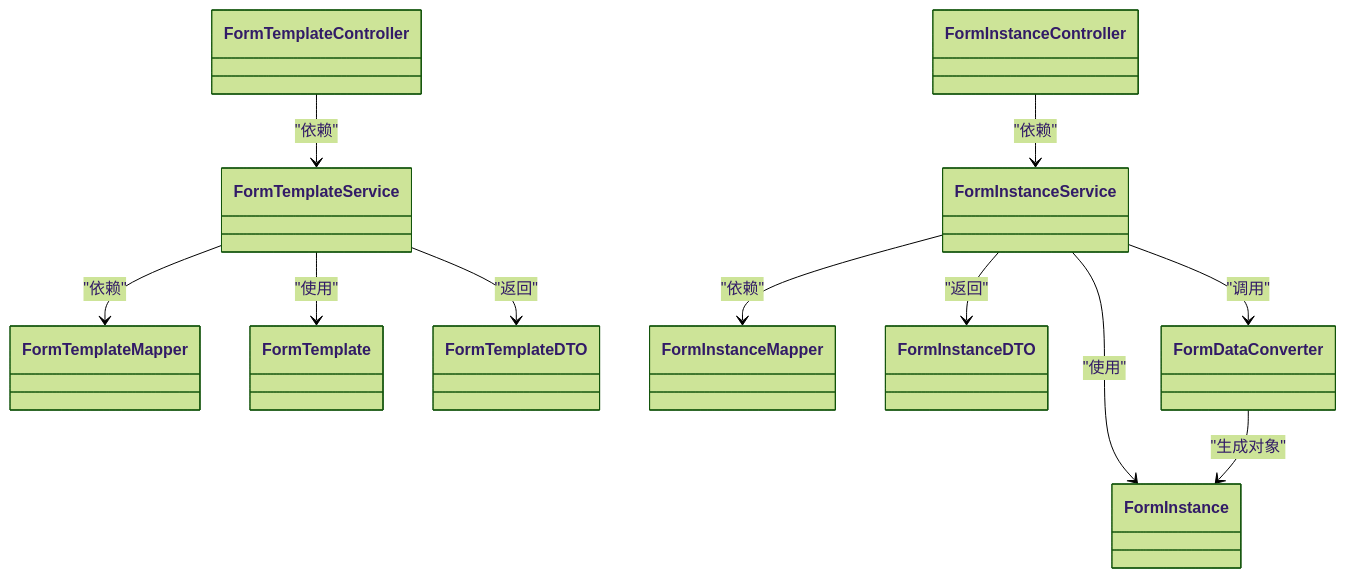
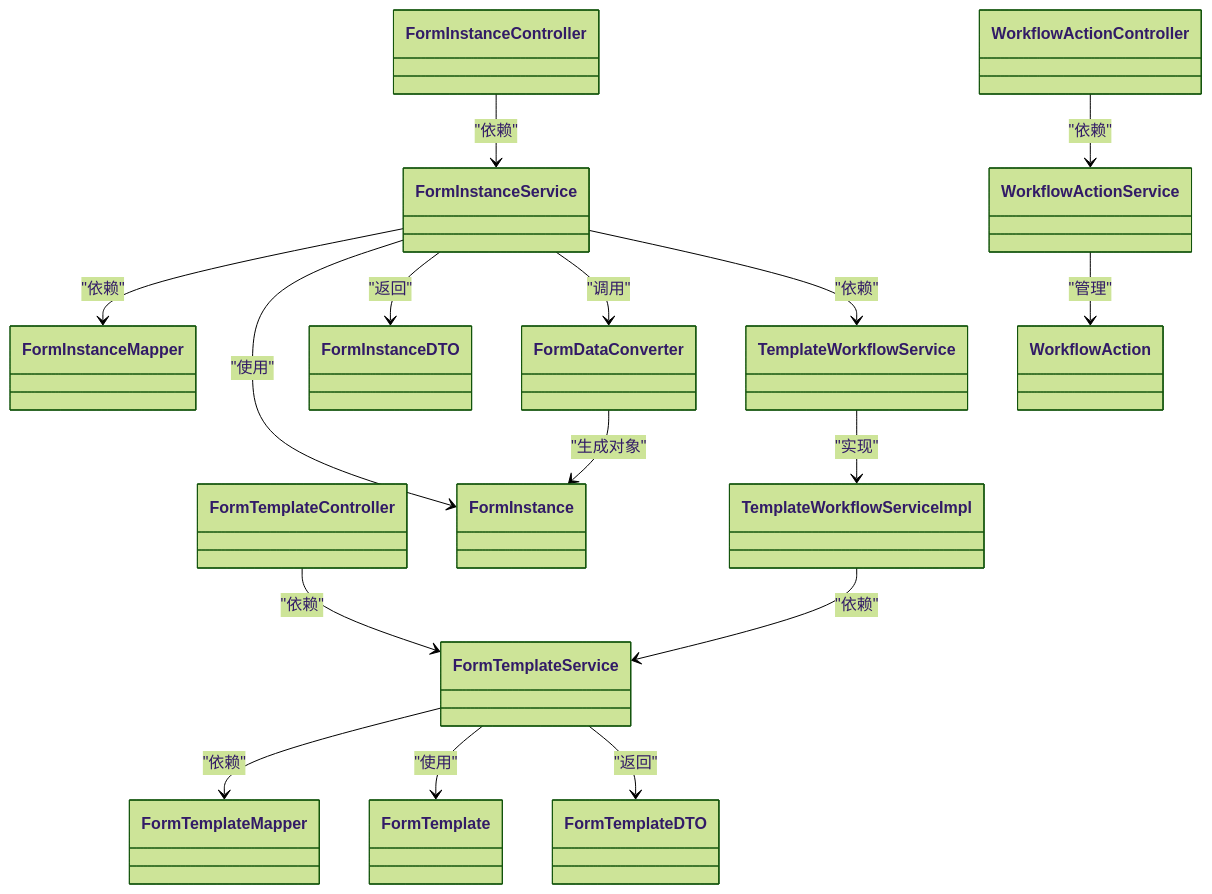
The fifth of 5 diagrams in .qoder/repowiki/zh/content/API接口文档/服务单模板API.md (NJMrLi/genetics), drawn with Mermaid (forest theme) before and after one commit. The commit also changed other lines of this file and 21 other files, not shown here.

````diff
--- a/.qoder/repowiki/zh/content/API接口文档/服务单模板API.md
+++ b/.qoder/repowiki/zh/content/API接口文档/服务单模板API.md
@@ -290,24 +419,34 @@
 ```mermaid
 classDiagram
 class FormTemplateController
 class FormTemplateService
 class FormTemplateMapper
 class FormTemplate
 class FormTemplateDTO
 class FormInstanceController
 class FormInstanceService
 class FormInstanceMapper
 class FormInstance
 class FormInstanceDTO
 class FormDataConverter
+class TemplateWorkflowService
+class TemplateWorkflowServiceImpl
+class WorkflowActionController
+class WorkflowActionService
+class WorkflowAction
 FormTemplateController --> FormTemplateService : "依赖"
 FormTemplateService --> FormTemplateMapper : "依赖"
 FormTemplateService --> FormTemplate : "使用"
 FormTemplateService --> FormTemplateDTO : "返回"
 FormInstanceController --> FormInstanceService : "依赖"
 FormInstanceService --> FormInstanceMapper : "依赖"
 FormInstanceService --> FormInstance : "使用"
 FormInstanceService --> FormInstanceDTO : "返回"
 FormInstanceService --> FormDataConverter : "调用"
+FormInstanceService --> TemplateWorkflowService : "依赖"
+TemplateWorkflowServiceImpl --> FormTemplateService : "依赖"
+TemplateWorkflowService --> TemplateWorkflowServiceImpl : "实现"
+WorkflowActionController --> WorkflowActionService : "依赖"
+WorkflowActionService --> WorkflowAction : "管理"
 FormDataConverter --> FormInstance : "生成对象"
 ```
````
